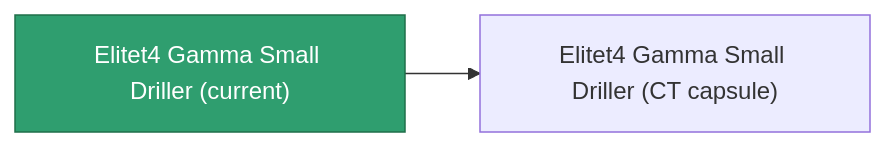
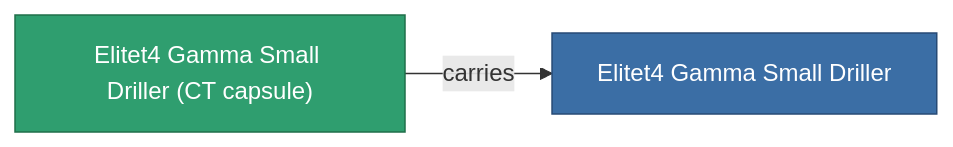
Before and after one commit to OpenPerpetuum/Wiki: the diagram in content/content/items/elitet4_gamma_small_driller.md, drawn with Mermaid. The commit also changed other lines of this file and 2015 other files, not shown here.

````diff
--- a/content/content/items/elitet4_gamma_small_driller.md
+++ b/content/content/items/elitet4_gamma_small_driller.md
@@ -35,8 +35,9 @@
 ```mermaid
 graph LR
-    a["Elitet4 Gamma Small Driller (current)"]:::current
-    b["Elitet4 Gamma Small Driller (CT capsule)"]
-    a --> b
-    click b "/content/items/elitet4-gamma-small-driller-ct-capsule/" "Elitet4 Gamma Small Driller (CT capsule)"
+    a["Elitet4 Gamma Small Driller (CT capsule)"]:::current
+    b["Elitet4 Gamma Small Driller"]:::finished
+    a -->|carries| b
+                click b "/content/items/elitet4-gamma-small-driller/" "Elitet4 Gamma Small Driller"
     classDef current fill:#2f9e6f,stroke:#1f6f4a,color:#ffffff
+    classDef finished fill:#3b6ea5,stroke:#274a75,color:#ffffff
 ```
````
